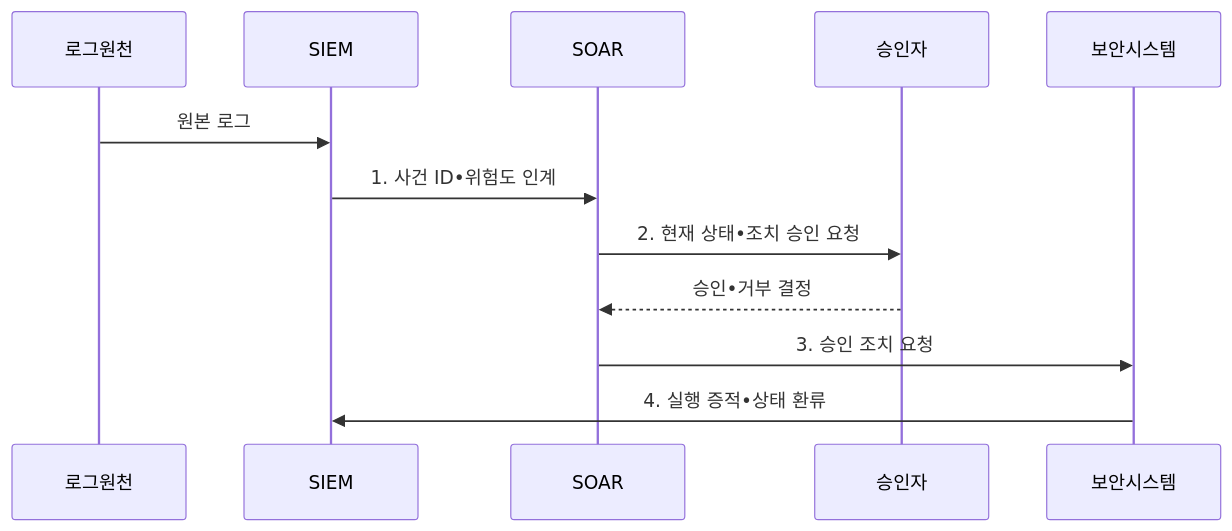
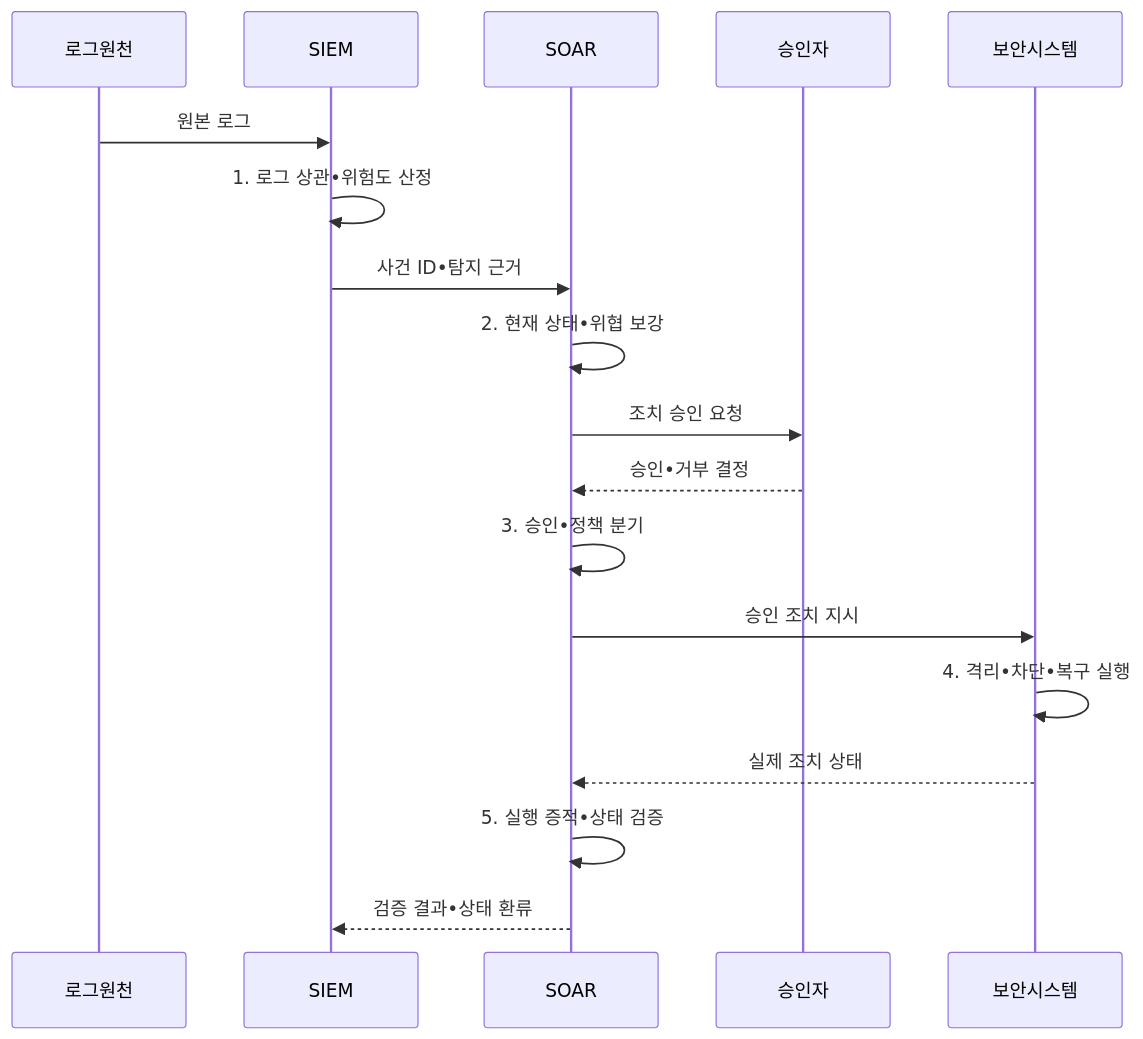
Before and after one commit to agnusdei1207/knowledge-base: the second of 2 diagrams in src/content/docs/notes/05-security/037_siem_vs_soar.md, drawn with Mermaid. The commit also changed other lines of this file and 13 other files, not shown here.

````diff
--- a/src/content/docs/notes/05-security/037_siem_vs_soar.md
+++ b/src/content/docs/notes/05-security/037_siem_vs_soar.md
@@ -103,14 +103,20 @@
 ```mermaid
 sequenceDiagram
     participant 로그원천
     participant SIEM
     participant SOAR
     participant 승인자
     participant 보안시스템
     로그원천->>SIEM: 원본 로그
-    SIEM->>SOAR: 1. 사건 ID•위험도 인계
-    SOAR->>승인자: 2. 현재 상태•조치 승인 요청
+    SIEM->>SIEM: 1. 로그 상관•위험도 산정
+    SIEM->>SOAR: 사건 ID•탐지 근거
+    SOAR->>SOAR: 2. 현재 상태•위협 보강
+    SOAR->>승인자: 조치 승인 요청
     승인자-->>SOAR: 승인•거부 결정
-    SOAR->>보안시스템: 3. 승인 조치 요청
-    보안시스템->>SIEM: 4. 실행 증적•상태 환류
+    SOAR->>SOAR: 3. 승인•정책 분기
+    SOAR->>보안시스템: 승인 조치 지시
+    보안시스템->>보안시스템: 4. 격리•차단•복구 실행
+    보안시스템-->>SOAR: 실제 조치 상태
+    SOAR->>SOAR: 5. 실행 증적•상태 검증
+    SOAR-->>SIEM: 검증 결과•상태 환류
 ```
````
